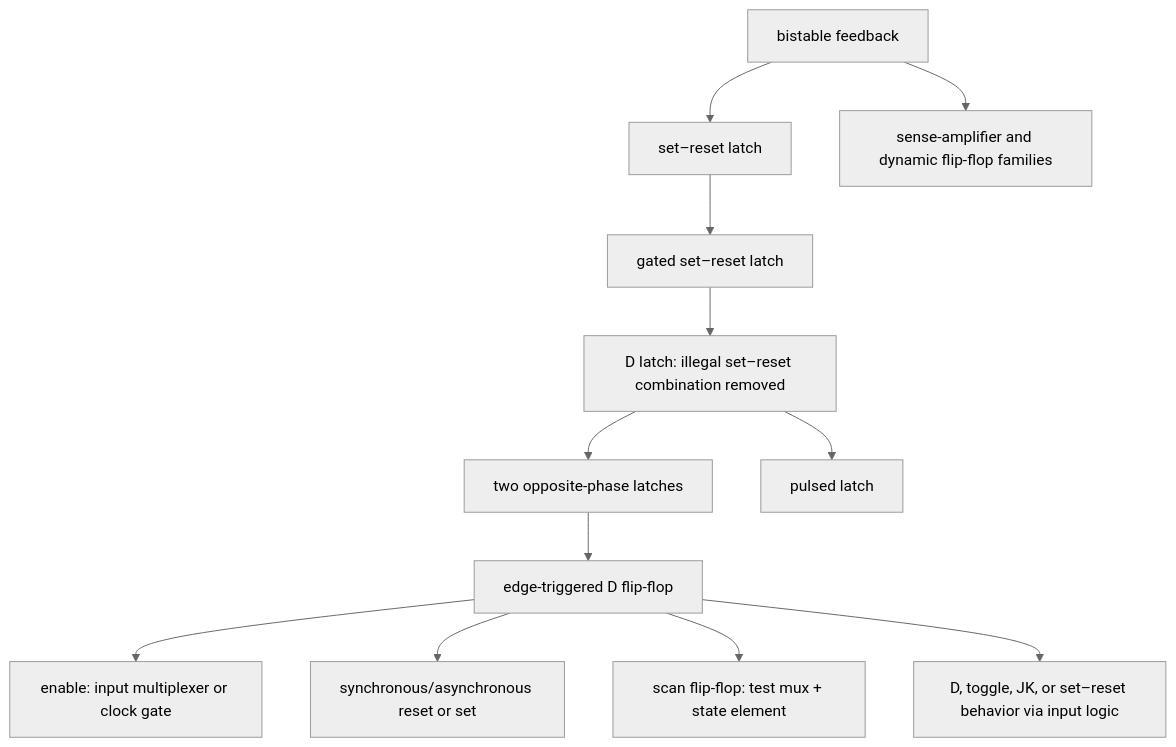
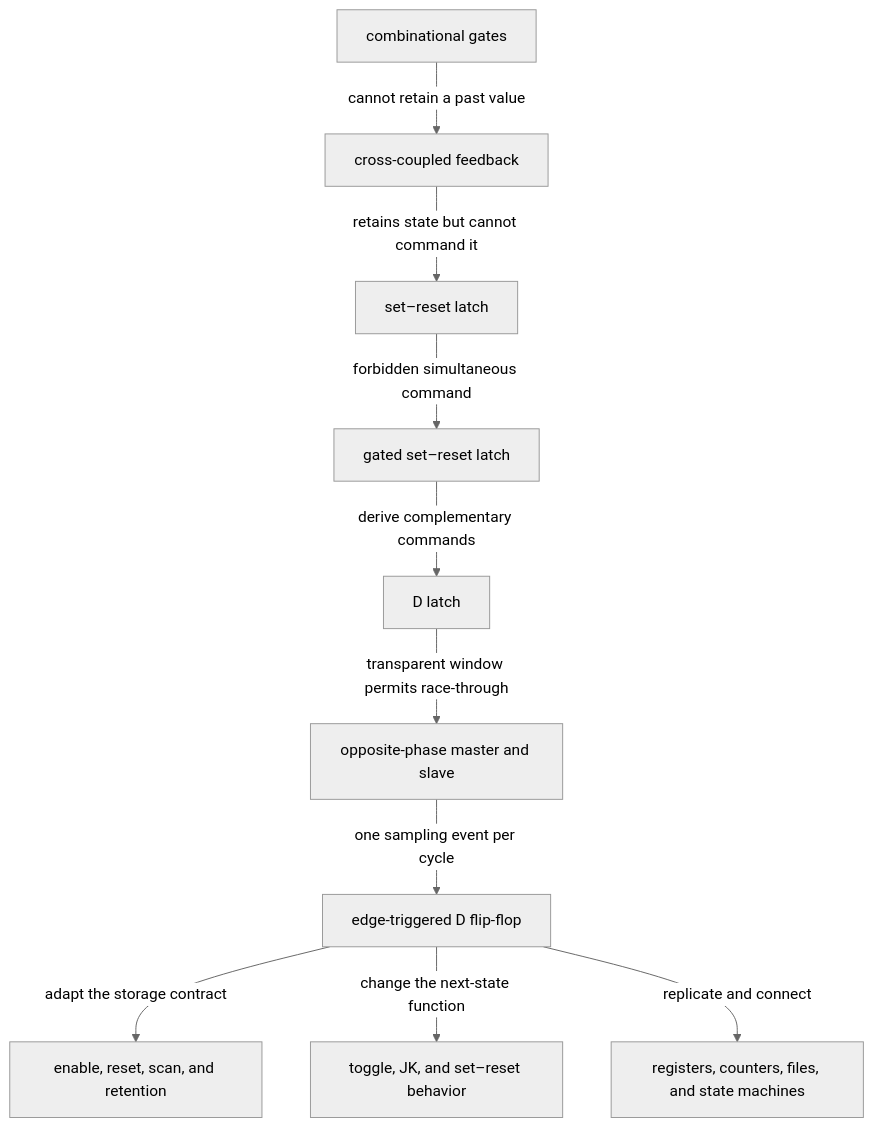
Before and after one commit to Wty2003328/silicon-design-notebook: diagram 12 of 42 in 00_Fundamentals/02_Logic_Building_Blocks.md, drawn with Mermaid (neutral theme). The commit also changed other lines of this file and 42 other files, not shown here.

Commit message:
Deepen procedural logic and architecture explanations

````diff
--- a/00_Fundamentals/02_Logic_Building_Blocks.md
+++ b/00_Fundamentals/02_Logic_Building_Blocks.md
@@ -173,14 +383,12 @@
 ```mermaid
 flowchart TD
-    BI["bistable feedback"] --> SR["set–reset latch"]
-    SR --> GSR["gated set–reset latch"]
-    GSR --> DL["D latch: illegal set–reset combination removed"]
-    DL --> MS["two opposite-phase latches"]
-    MS --> DFF["edge-triggered D flip-flop"]
-    DFF --> EN["enable: input multiplexer or clock gate"]
-    DFF --> RST["synchronous/asynchronous reset or set"]
-    DFF --> SCAN["scan flip-flop: test mux + state element"]
-    DFF --> FUNC["D, toggle, JK, or set–reset behavior via input logic"]
-    DL --> PULSE["pulsed latch"]
-    BI --> SAFF["sense-amplifier and dynamic flip-flop families"]
+    C["combinational gates"] -->|"cannot retain a past value"| BI["cross-coupled feedback"]
+    BI -->|"retains state but cannot command it"| SR["set–reset latch"]
+    SR -->|"forbidden simultaneous command"| GSR["gated set–reset latch"]
+    GSR -->|"derive complementary commands"| DL["D latch"]
+    DL -->|"transparent window permits race-through"| MS["opposite-phase master and slave"]
+    MS -->|"one sampling event per cycle"| DFF["edge-triggered D flip-flop"]
+    DFF -->|"adapt the storage contract"| CTRL["enable, reset, scan, and retention"]
+    DFF -->|"change the next-state function"| FUNC["toggle, JK, and set–reset behavior"]
+    DFF -->|"replicate and connect"| COMPOSE["registers, counters, files, and state machines"]
 ```
````
